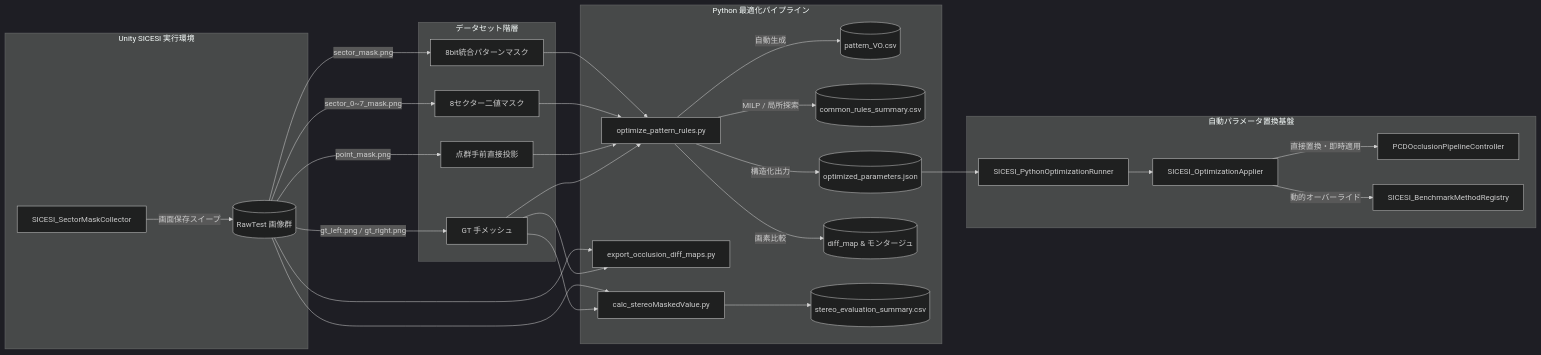
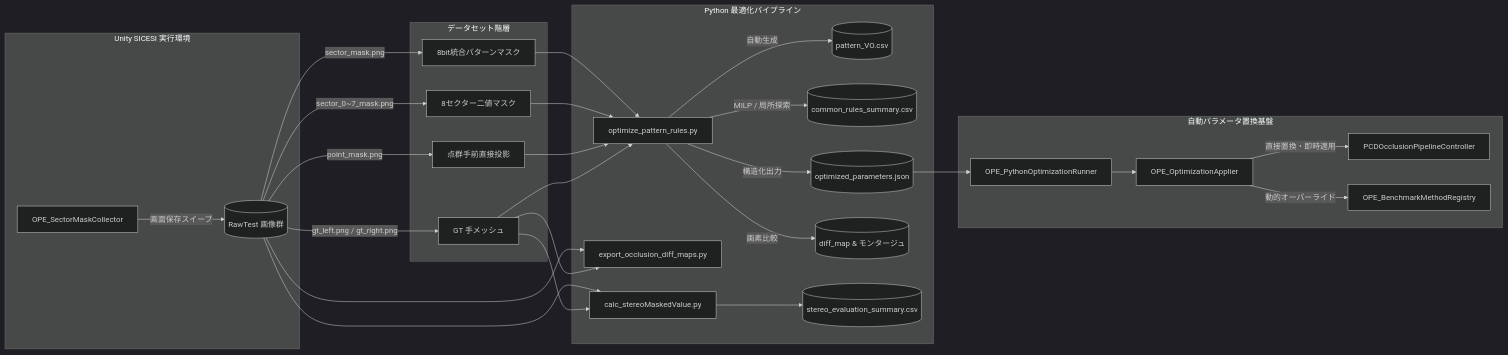
One commit to kotetsuOU/RealTimeOcclusionDemo changed the second of 6 diagrams in Docs/SICESI2026.md. Above: the diagram before and after it, drawn with Mermaid (dark theme). The commit also changed other lines of this file and 329 other files, not shown here.

First line of the commit message:
wip(ope): rename SICESI to OPE and add local threshold optimization

````diff
--- a/Docs/SICESI2026.md
+++ b/Docs/SICESI2026.md
@@ -272,32 +308,32 @@
 ```mermaid
 graph LR
     subgraph Unity [Unity SICESI 実行環境]
-        A[SICESI_SectorMaskCollector] -->|画面保存スイープ| B[(RawTest 画像群)]
+        A[OPE_SectorMaskCollector] -->|画面保存スイープ| B[(RawTest 画像群)]
     end
 
     subgraph Dataset [データセット階層]
         B -->|gt_left.png / gt_right.png| C[GT 手メッシュ]
         B -->|point_mask.png| D[点群手前直接投影]
         B -->|sector_0~7_mask.png| E[8セクター二値マスク]
         B -->|sector_mask.png| F[8bit統合パターンマスク]
     end
 
     subgraph Python [Python 最適化パイプライン]
         C & D & E & F --> G[optimize_pattern_rules.py]
         G -->|自動生成| H[(pattern_VO.csv)]
         G -->|MILP / 局所探索| I[(common_rules_summary.csv)]
         G -->|構造化出力| J[(optimized_parameters.json)]
         G -->|画素比較| K[(diff_map & モンタージュ)]
         
         C & B --> L[export_occlusion_diff_maps.py]
         C & B --> M[calc_stereoMaskedValue.py]
         M --> N[(stereo_evaluation_summary.csv)]
     end
 
     subgraph AutoApply [自動パラメータ置換基盤]
-        J --> P[SICESI_PythonOptimizationRunner]
-        P --> Q[SICESI_OptimizationApplier]
+        J --> P[OPE_PythonOptimizationRunner]
+        P --> Q[OPE_OptimizationApplier]
         Q -->|直接置換・即時適用| O[PCDOcclusionPipelineController]
-        Q -->|動的オーバーライド| R[SICESI_BenchmarkMethodRegistry]
+        Q -->|動的オーバーライド| R[OPE_BenchmarkMethodRegistry]
     end
 ```
````
